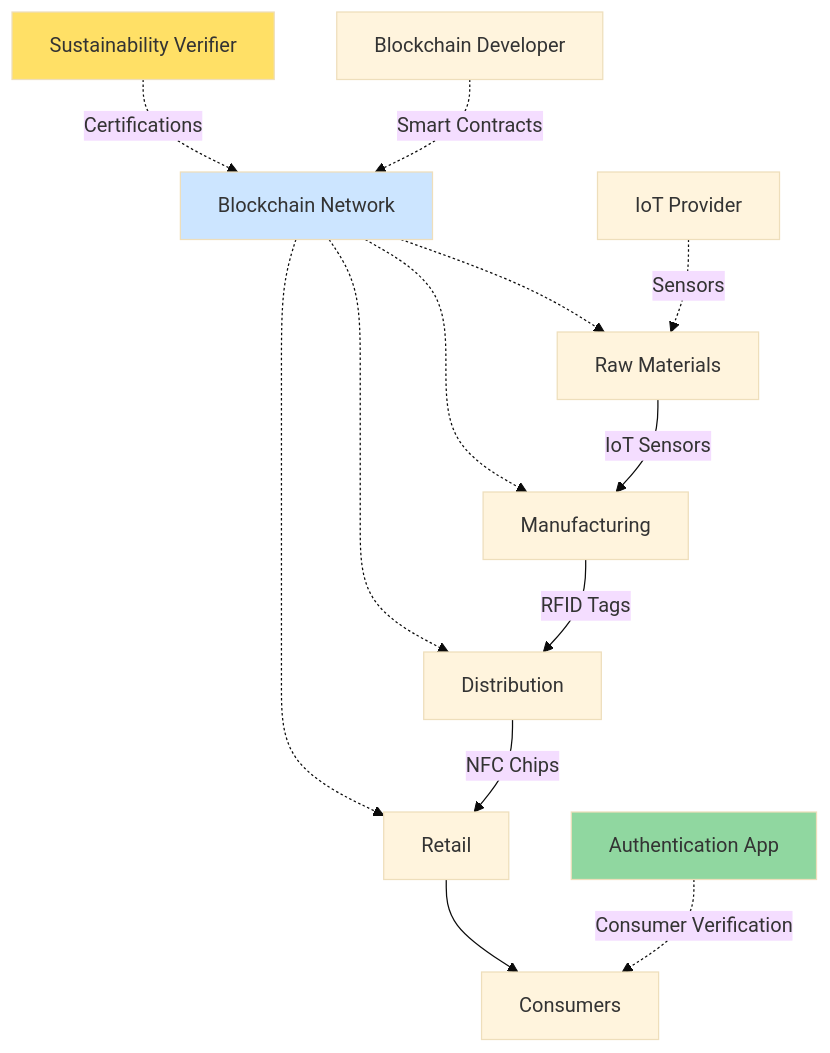
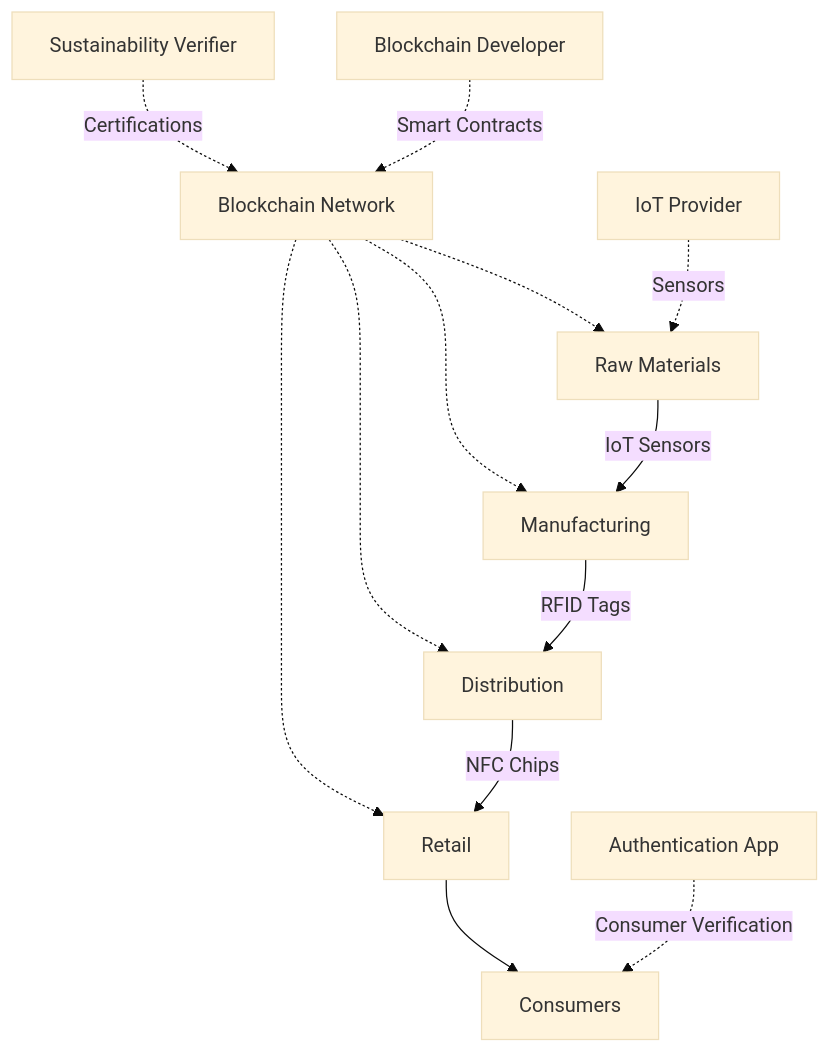
Diagram 13 of 23 in Industry/Blockchain/Blockchain/ValueChain/QA_MistralAI.md (ljg-cqu/knowledge), drawn with Mermaid (base theme) before and after one commit. The commit also changed other lines of this file, not shown here.

Commit message:
Enhance value chain analysis in QA_MistralAI.md by refining flow diagrams and adding key characteristics. Improved clarity on capital cycles, fee flows, and governance mechanisms to better illustrate stakeholder interactions and regulatory impacts.

````diff
--- a/Industry/Blockchain/Blockchain/ValueChain/QA_MistralAI.md
+++ b/Industry/Blockchain/Blockchain/ValueChain/QA_MistralAI.md
@@ -994,22 +986,19 @@
 ```mermaid
 graph TD
     A[Raw Materials] -->|IoT Sensors| B[Manufacturing]
     B -->|RFID Tags| C[Distribution]
     C -->|NFC Chips| D[Retail]
     D --> E[Consumers]
     
     F[Blockchain Network] -.-> A
     F -.-> B
     F -.-> C
     F -.-> D
     
     G[IoT Provider] -.->|Sensors| A
     H[Blockchain Developer] -.->|Smart Contracts| F
     I[Authentication App] -.->|Consumer Verification| E
     
     J[Sustainability Verifier] -.->|Certifications| F
     
-    style F fill:#cce5ff
-    style I fill:#90d7a0
-    style J fill:#ffe066
 ```
````
